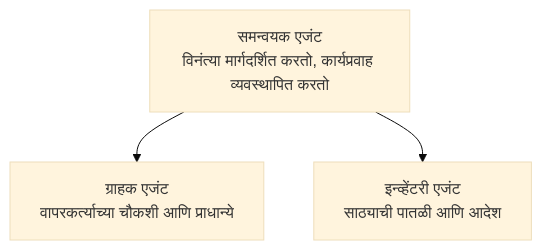
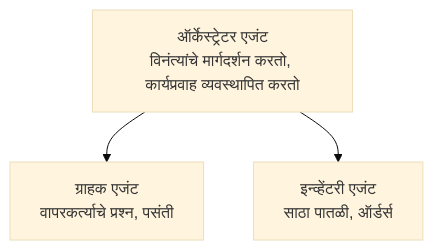
The diagram in translations/mr/docs/chapter-05-multi-agent/README.md (microsoft/AZD-for-beginners), drawn with Mermaid (base theme) before and after one commit. The commit also changed other lines of this file and 104 other files, not shown here.

````diff
--- a/translations/mr/docs/chapter-05-multi-agent/README.md
+++ b/translations/mr/docs/chapter-05-multi-agent/README.md
@@ -52,5 +54,5 @@
 ```mermaid
 graph TD
-    Orchestrator[समन्वयक एजंट<br/>विनंत्या मार्गदर्शित करतो, कार्यप्रवाह व्यवस्थापित करतो] --> Customer[ग्राहक एजंट<br/>वापरकर्त्याच्या चौकशी आणि प्राधान्ये]
-    Orchestrator --> Inventory[इन्व्हेंटरी एजंट<br/>साठ्याची पातळी आणि आदेश]
+    Orchestrator[ऑर्केस्ट्रेटर एजंट<br/>विनंत्यांचे मार्गदर्शन करतो, कार्यप्रवाह व्यवस्थापित करतो] --> Customer[ग्राहक एजंट<br/>वापरकर्त्याचे प्रश्न, पसंती]
+    Orchestrator --> Inventory[इन्व्हेंटरी एजंट<br/>साठा पातळी, ऑर्डर्स]
 ```
````
